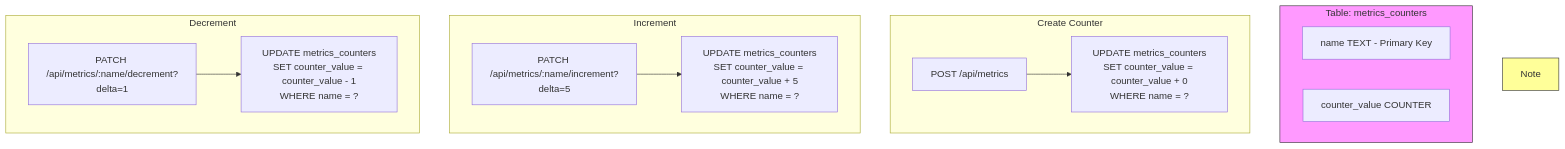
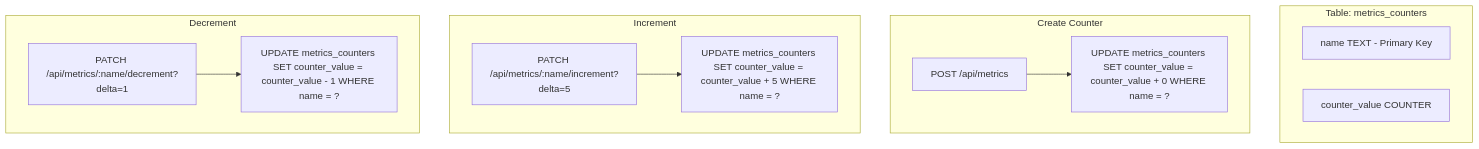
Before and after one commit to sawmikcuet19/cassardra-springboot: the seventh of 14 diagrams in README.md, drawn with Mermaid. The commit also changed other lines of this file, not shown here.

Commit message:
Fix Mermaid diagrams: remove special chars causing parse errors, remove color styles

````diff
--- a/README.md
+++ b/README.md
@@ -290,22 +290,19 @@
 ```mermaid
 flowchart TD
     subgraph Schema["Table: metrics_counters"]
-        S1[name TEXT - Primary Key]
-        S2[counter_value COUNTER]
+        S1["name TEXT - Primary Key"]
+        S2["counter_value COUNTER"]
     end
 
     subgraph Create["Create Counter"]
-        C1[POST /api/metrics] --> C2[UPDATE metrics_counters<br/>SET counter_value = counter_value + 0<br/>WHERE name = ?]
+        C1["POST /api/metrics"] --> C2["UPDATE metrics_counters SET counter_value = counter_value + 0 WHERE name = ?"]
     end
 
     subgraph Increment["Increment"]
-        I1[PATCH /api/metrics/:name/increment?delta=5] --> I2[UPDATE metrics_counters<br/>SET counter_value = counter_value + 5<br/>WHERE name = ?]
+        I1["PATCH /api/metrics/:name/increment?delta=5"] --> I2["UPDATE metrics_counters SET counter_value = counter_value + 5 WHERE name = ?"]
     end
 
     subgraph Decrement["Decrement"]
-        D1[PATCH /api/metrics/:name/decrement?delta=1] --> D2[UPDATE metrics_counters<br/>SET counter_value = counter_value - 1<br/>WHERE name = ?]
+        D1["PATCH /api/metrics/:name/decrement?delta=1"] --> D2["UPDATE metrics_counters SET counter_value = counter_value - 1 WHERE name = ?"]
     end
-
-    style Schema fill:#f9f,stroke:#333
-    style Note fill:#ff9,stroke:#333
 ```
````
